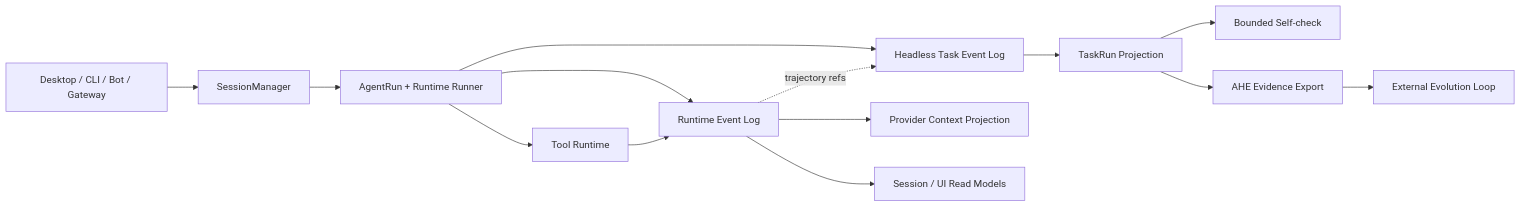
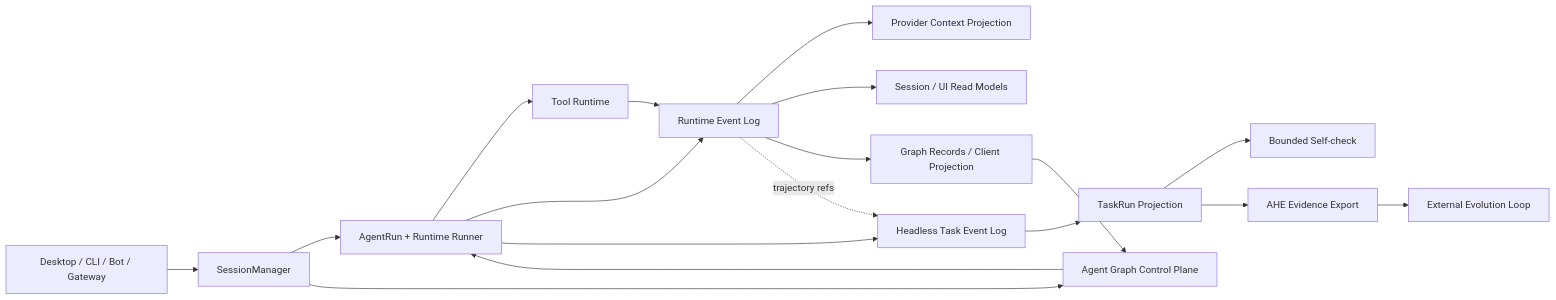
Before and after one commit to 1625567290/maka-agent: the diagram in ARCHITECTURE.md, drawn with Mermaid. The commit also changed other lines of this file and 111 other files, not shown here.

First line of the commit message:
feat: ship host-managed agent graph scheduling (#1468)

````diff
--- a/ARCHITECTURE.md
+++ b/ARCHITECTURE.md
@@ -11,18 +11,22 @@
 ```mermaid
 flowchart LR
     U["Desktop / CLI / Bot / Gateway"] --> S["SessionManager"]
     S --> R["AgentRun + Runtime Runner"]
     R --> T["Tool Runtime"]
     R --> L["Runtime Event Log"]
     R --> H["Headless Task Event Log"]
     T --> L
+    S --> G["Agent Graph Control Plane"]
+    G --> R
 
     L --> C["Provider Context Projection"]
     L --> V["Session / UI Read Models"]
+    L --> GP["Graph Records / Client Projection"]
+    GP --> G
     L -. "trajectory refs" .-> H
 
     H --> P["TaskRun Projection"]
     P --> K["Bounded Self-check"]
     P --> E["AHE Evidence Export"]
     E --> A["External Evolution Loop"]
 ```
````
